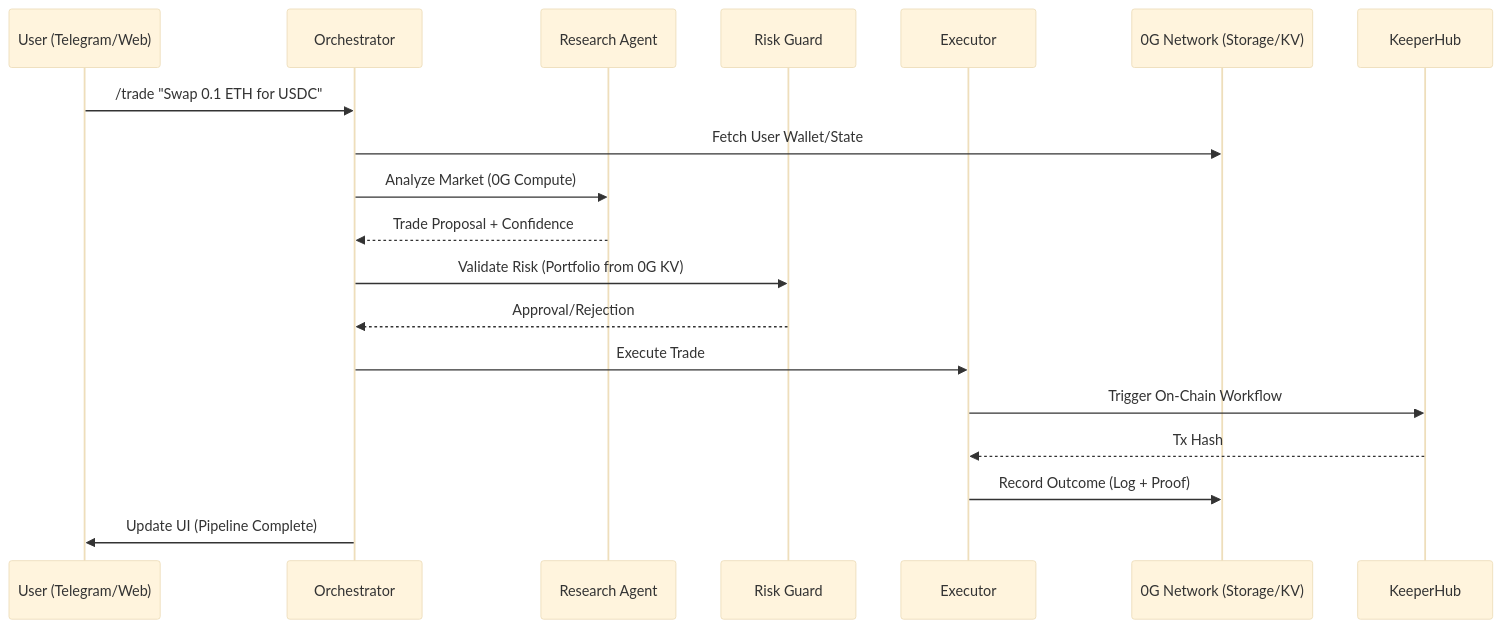
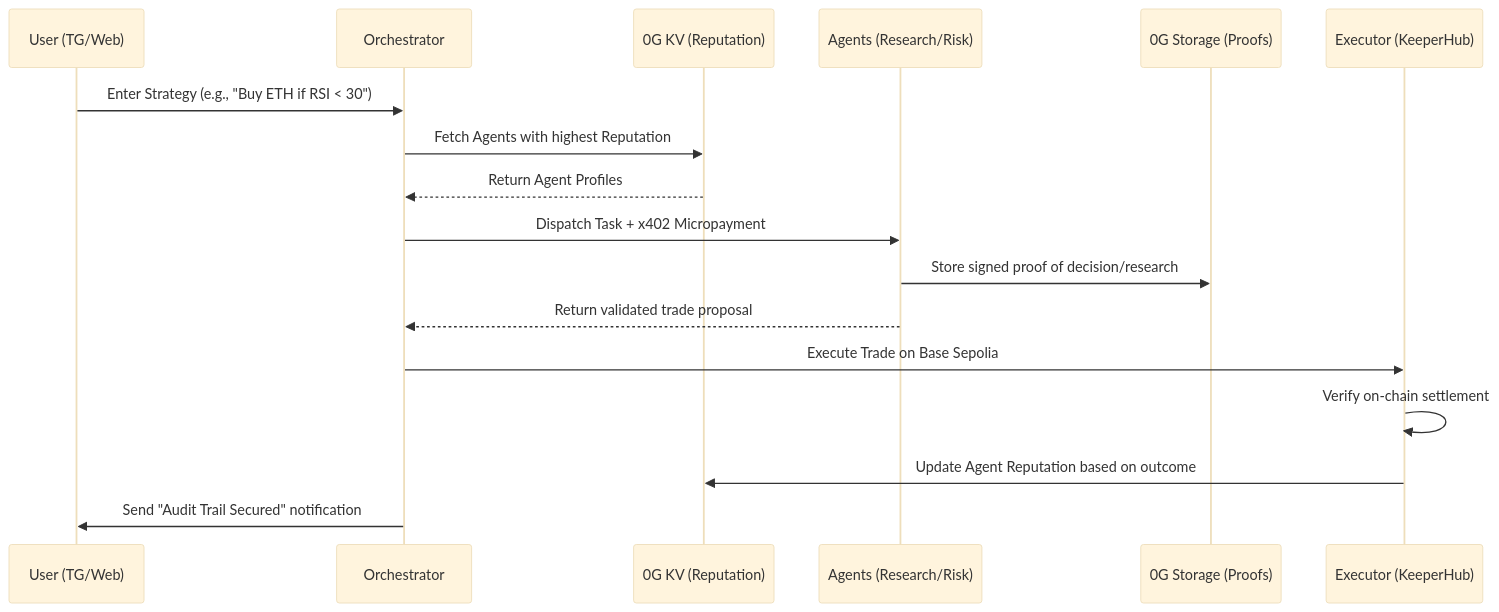
One commit to Lakshmikanth-3/Axiom-Fi changed the second of 2 diagrams in README.md. Above: the diagram before and after it, drawn with Mermaid (base theme). The commit also changed other lines of this file and 2 other files, not shown here.

Commit message:
Final submission update: Overhauled README with technical deep-dives and added ARCHITECTURE.md

````diff
--- a/README.md
+++ b/README.md
@@ -43,22 +62,20 @@
 ```mermaid
 sequenceDiagram
-    participant U as User (Telegram/Web)
+    participant U as User (TG/Web)
     participant O as Orchestrator
-    participant R as Research Agent
-    participant RG as Risk Guard
-    participant E as Executor
-    participant OG as 0G Network (Storage/KV)
-    participant KH as KeeperHub
+    participant KV as 0G KV (Reputation)
+    participant A as Agents (Research/Risk)
+    participant S as 0G Storage (Proofs)
+    participant E as Executor (KeeperHub)
 
-    U->>O: /trade "Swap 0.1 ETH for USDC"
-    O->>OG: Fetch User Wallet/State
-    O->>R: Analyze Market (0G Compute)
-    R-->>O: Trade Proposal + Confidence
-    O->>RG: Validate Risk (Portfolio from 0G KV)
-    RG-->>O: Approval/Rejection
-    O->>E: Execute Trade
-    E->>KH: Trigger On-Chain Workflow
-    KH-->>E: Tx Hash
-    E->>OG: Record Outcome (Log + Proof)
-    O->>U: Update UI (Pipeline Complete)
+    U->>O: Enter Strategy (e.g., "Buy ETH if RSI < 30")
+    O->>KV: Fetch Agents with highest Reputation
+    KV-->>O: Return Agent Profiles
+    O->>A: Dispatch Task + x402 Micropayment
+    A->>S: Store signed proof of decision/research
+    A-->>O: Return validated trade proposal
+    O->>E: Execute Trade on Base Sepolia
+    E->>E: Verify on-chain settlement
+    E->>KV: Update Agent Reputation based on outcome
+    O->>U: Send "Audit Trail Secured" notification
 ```
````
